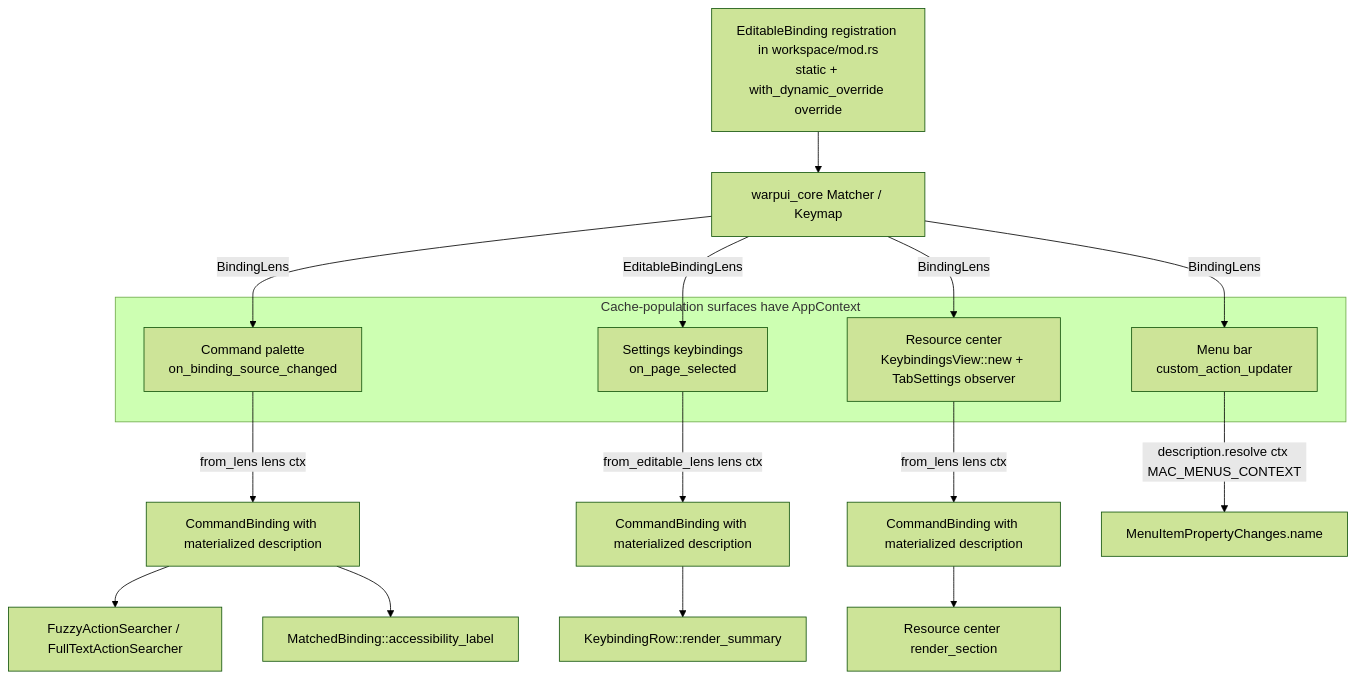
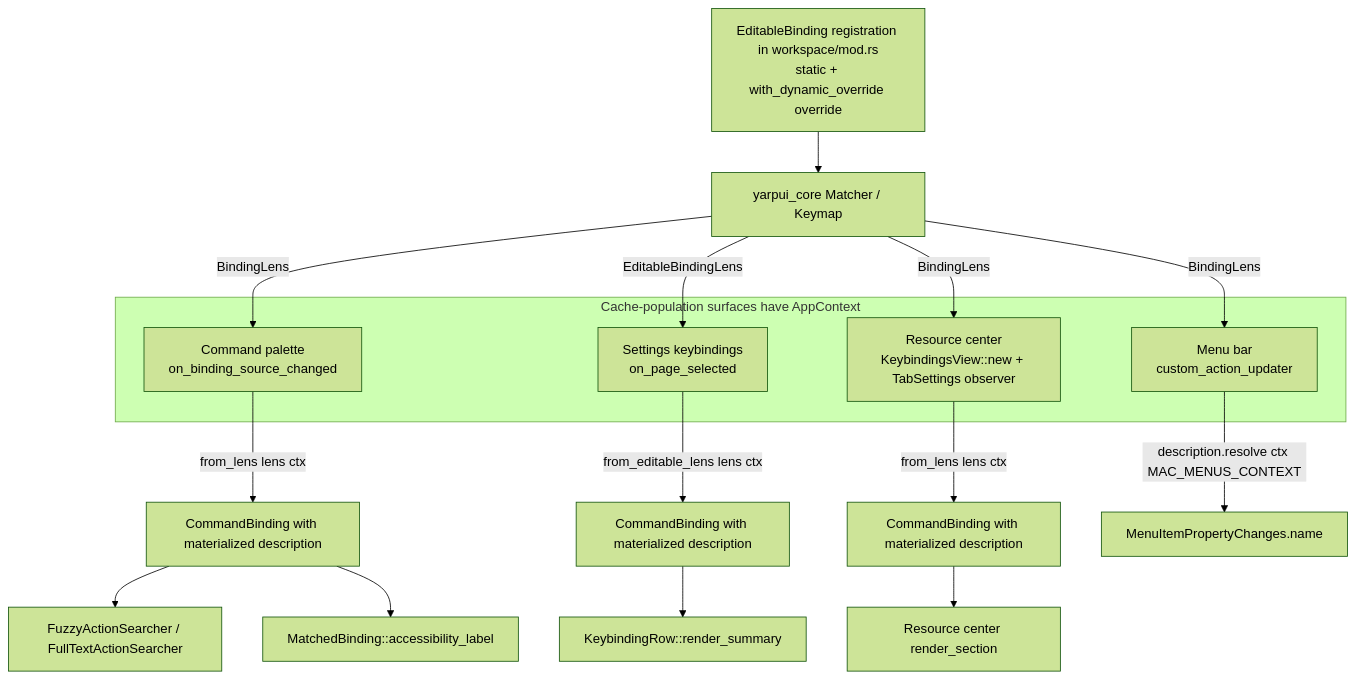
Before and after one commit to nikhilramakrishnan/yarp: the diagram in specs/APP-3909/TECH.md, drawn with Mermaid (forest theme). The commit also changed other lines of this file and 516 other files, not shown here.

````diff
--- a/specs/APP-3909/TECH.md
+++ b/specs/APP-3909/TECH.md
@@ -175,28 +175,28 @@
 ```mermaid
 flowchart TD
     R[EditableBinding registration in workspace/mod.rs<br/>static + with_dynamic_override override]
-    KM[warpui_core Matcher / Keymap]
+    KM[yarpui_core Matcher / Keymap]
     R --> KM
 
     subgraph Cache-population surfaces have AppContext
         CP[Command palette<br/>on_binding_source_changed]
         SK[Settings keybindings<br/>on_page_selected]
         RC[Resource center<br/>KeybindingsView::new + TabSettings observer]
         MB[Menu bar<br/>custom_action_updater]
     end
 
     KM -->|BindingLens| CP
     KM -->|EditableBindingLens| SK
     KM -->|BindingLens| RC
     KM -->|BindingLens| MB
 
     CP -->|from_lens lens ctx| CB1[CommandBinding with materialized description]
     SK -->|from_editable_lens lens ctx| CB2[CommandBinding with materialized description]
     RC -->|from_lens lens ctx| CB3[CommandBinding with materialized description]
     MB -->|description.resolve ctx MAC_MENUS_CONTEXT| MN[MenuItemPropertyChanges.name]
 
     CB1 --> FZ[FuzzyActionSearcher / FullTextActionSearcher]
     CB1 --> AL[MatchedBinding::accessibility_label]
     CB2 --> KR[KeybindingRow::render_summary]
     CB3 --> RR[Resource center render_section]
 ```
````
